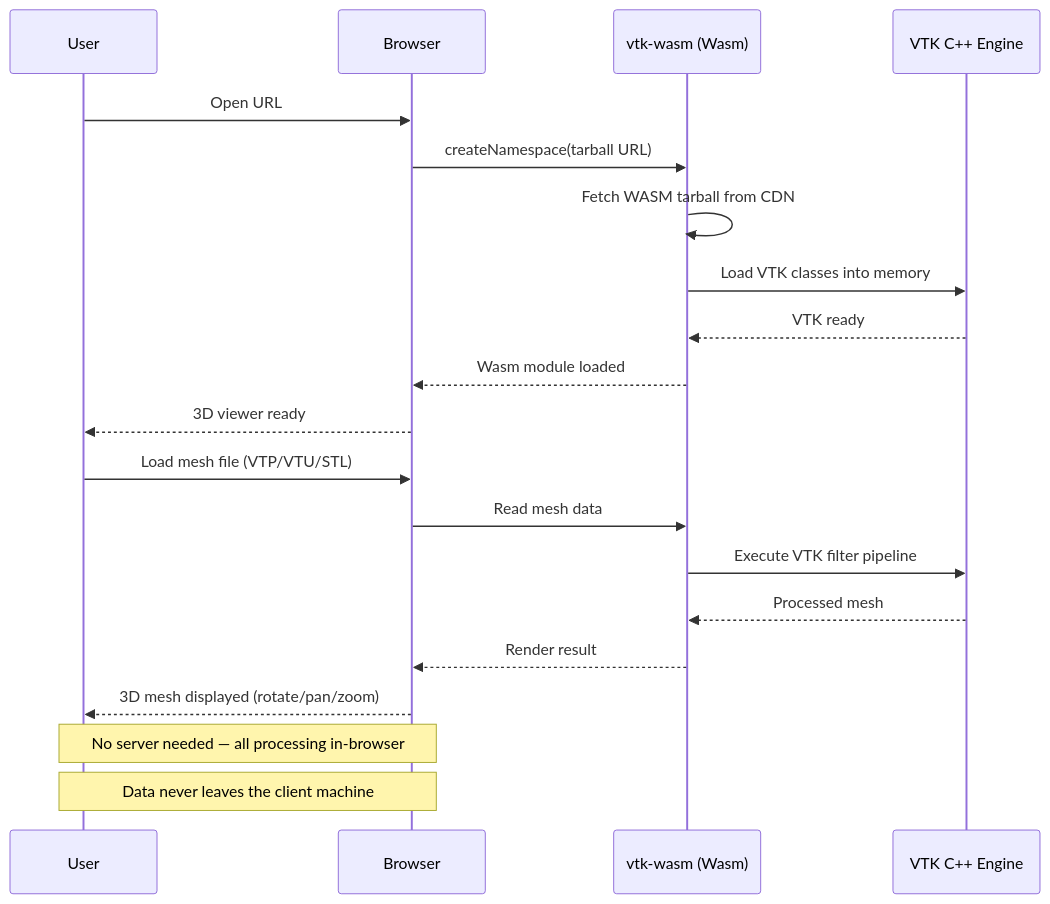
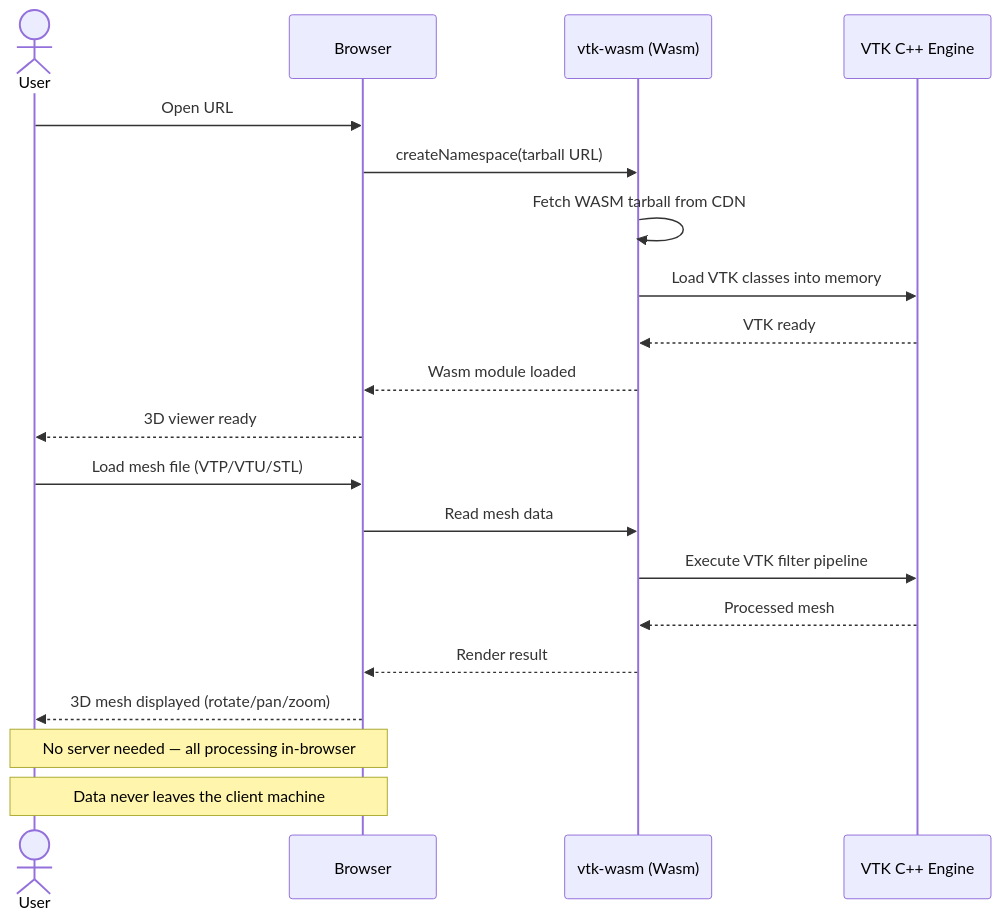
The first of 4 diagrams in slides/slides.md (tkoyama010/pyvista-wasm), drawn with Mermaid before and after one commit.

Commit message:
docs: use actor for User in browser-complete sequence diagram

````diff
--- a/slides/slides.md
+++ b/slides/slides.md
@@ -230,25 +230,25 @@
 ```mermaid {scale: 0.55}
 sequenceDiagram
-    participant U as User
+    actor U as User
     participant B as Browser
     participant W as vtk-wasm (Wasm)
     participant V as VTK C++ Engine
 
     U->>B: Open URL
     B->>W: createNamespace(tarball URL)
     W->>W: Fetch WASM tarball from CDN
     W->>V: Load VTK classes into memory
     V-->>W: VTK ready
     W-->>B: Wasm module loaded
     B-->>U: 3D viewer ready
 
     U->>B: Load mesh file (VTP/VTU/STL)
     B->>W: Read mesh data
     W->>V: Execute VTK filter pipeline
     V-->>W: Processed mesh
     W-->>B: Render result
     B-->>U: 3D mesh displayed (rotate/pan/zoom)
 
     Note over U,B: No server needed — all processing in-browser
     Note over U,B: Data never leaves the client machine
 ```
````
